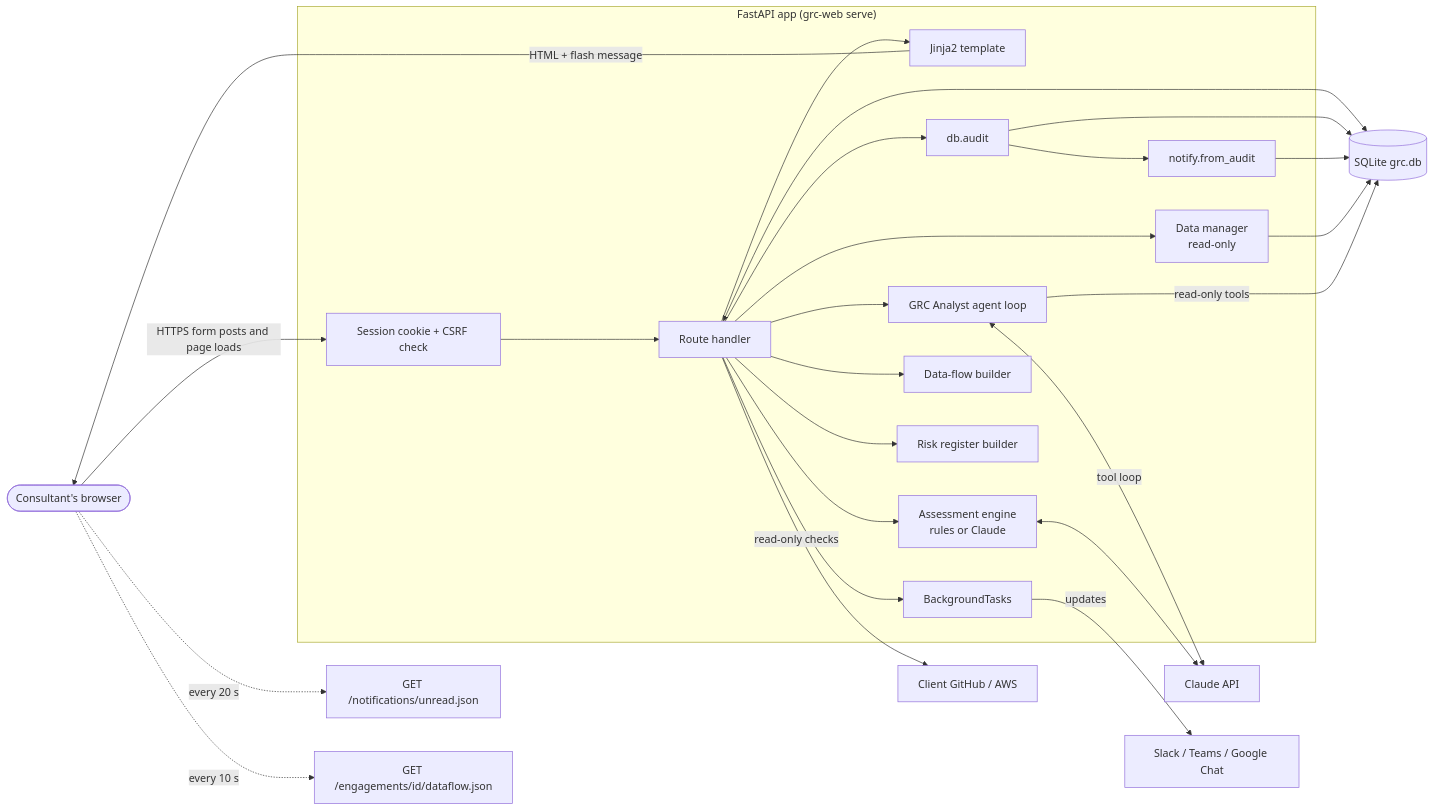
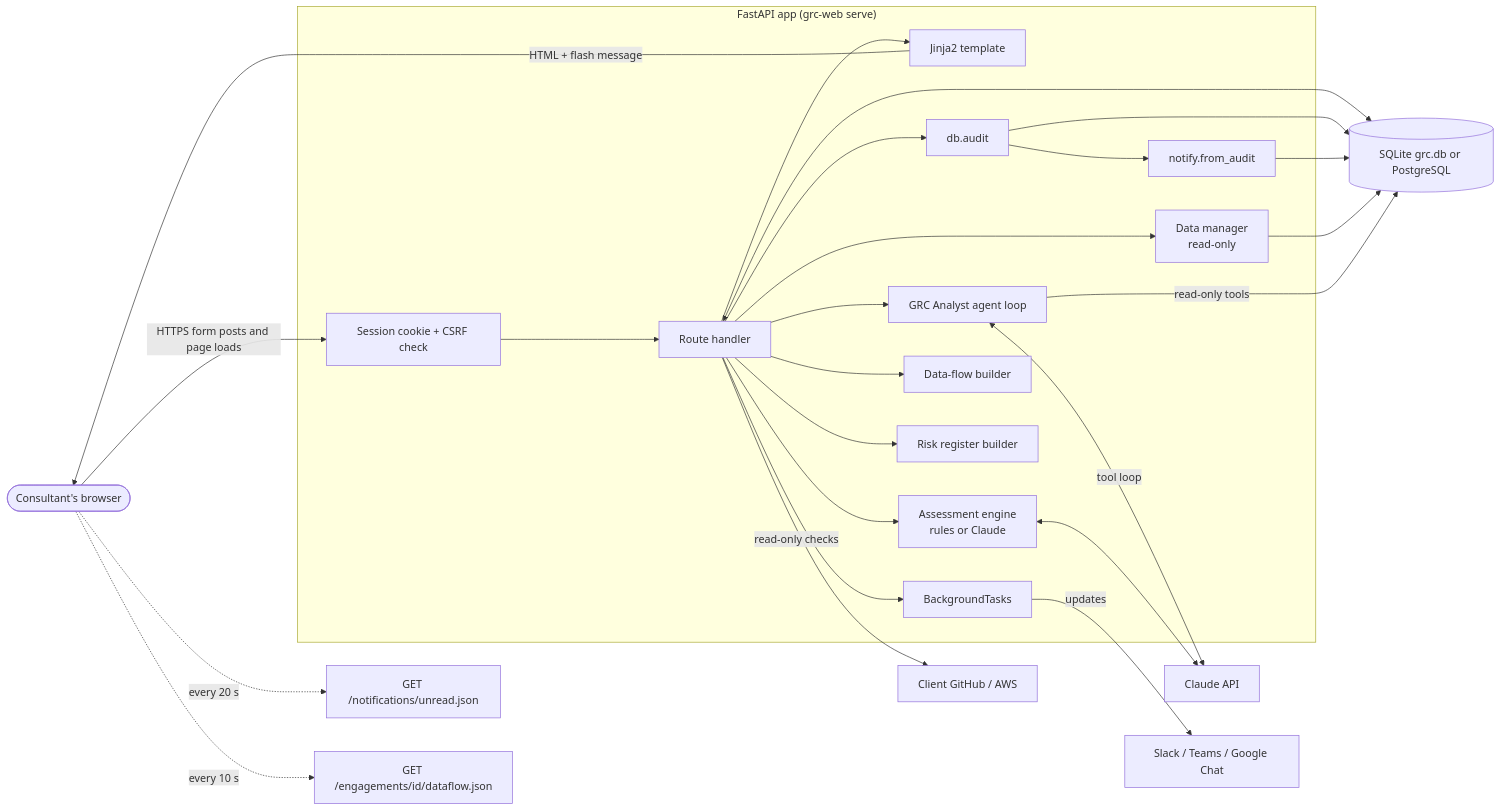
One commit to Harshitahusts/GRC-Ai changed the first of 13 diagrams in docs/SYSTEM_DESIGN.md. Above: the diagram before and after it, drawn with Mermaid. The commit also changed 24 other files, not shown here.

First line of the commit message:
Store logins, client data and logs in PostgreSQL (GRC_DATABASE_URL)

````diff
--- a/docs/SYSTEM_DESIGN.md
+++ b/docs/SYSTEM_DESIGN.md
@@ -8,28 +8,28 @@
 ```mermaid
 flowchart LR
   U([Consultant's browser]) -->|HTTPS form posts and page loads| MW
   subgraph Server["FastAPI app (grc-web serve)"]
     MW[Session cookie + CSRF check] --> R[Route handler]
     R --> T[Jinja2 template]
     R --> AU[db.audit]
     AU --> NT[notify.from_audit]
     R --> BG[BackgroundTasks]
     R --> AG[GRC Analyst agent loop]
     R --> AS[Assessment engine<br/>rules or Claude]
     R --> DF[Data-flow builder]
     R --> RK[Risk register builder]
     R --> DM[Data manager<br/>read-only]
   end
-  R <--> DB[(SQLite grc.db)]
+  R <--> DB[(SQLite grc.db or PostgreSQL)]
   AU --> DB
   NT --> DB
   DM --> DB
   AG <-->|tool loop| CL[Claude API]
   AS <--> CL
   AG -->|read-only tools| DB
   BG -->|updates| CH[Slack / Teams / Google Chat]
   R -->|read-only checks| EV[Client GitHub / AWS]
   T -->|HTML + flash message| U
   U -.->|every 20 s| NJ["GET /notifications/unread.json"]
   U -.->|every 10 s| FJ["GET /engagements/id/dataflow.json"]
 ```
````
